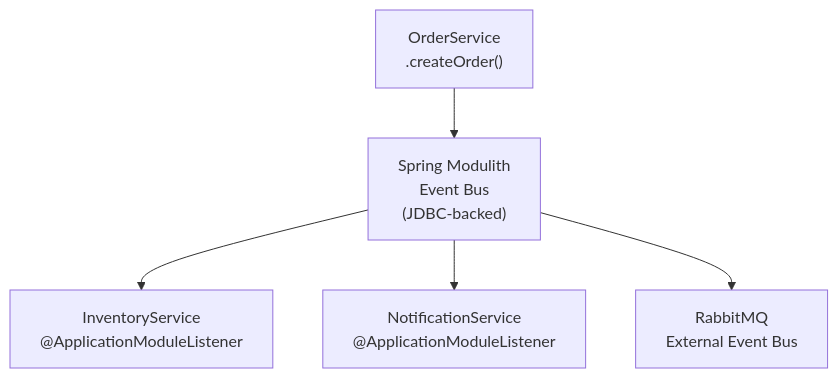
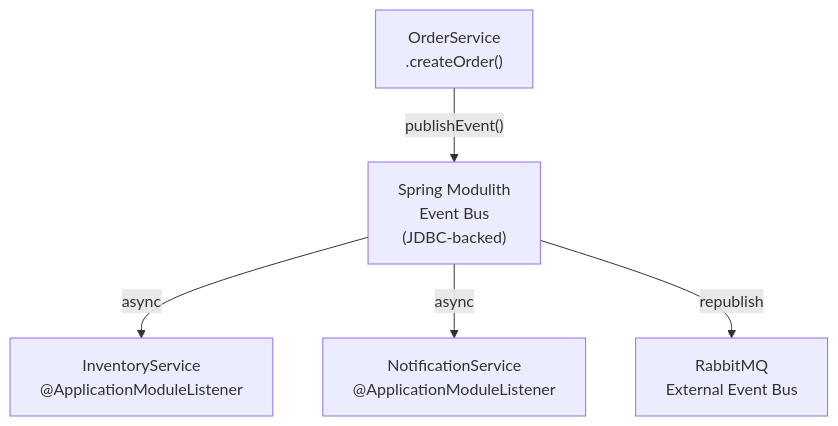
One commit to philipz/spring-modular-monolith changed the fifth of 6 diagrams in docs/deepwiki/Orders-Module.md. Above: the diagram before and after it, drawn with Mermaid. The commit also changed other lines of this file and 55 other files, not shown here.

````diff
--- a/docs/deepwiki/Orders-Module.md
+++ b/docs/deepwiki/Orders-Module.md
@@ -373,14 +373,14 @@
 ```mermaid
 flowchart TD
 
 OrderService["OrderService<br>.createOrder()"]
 EventBus["Spring Modulith<br>Event Bus<br>(JDBC-backed)"]
 InventoryListener["InventoryService<br>@ApplicationModuleListener"]
 NotificationListener["NotificationService<br>@ApplicationModuleListener"]
 RabbitMQ["RabbitMQ<br>External Event Bus"]
 
-OrderService --> EventBus
-EventBus --> InventoryListener
-EventBus --> NotificationListener
-EventBus --> RabbitMQ
+OrderService -->|"publishEvent()"| EventBus
+EventBus -->|"async"| InventoryListener
+EventBus -->|"async"| NotificationListener
+EventBus -->|"republish"| RabbitMQ
 ```
````
